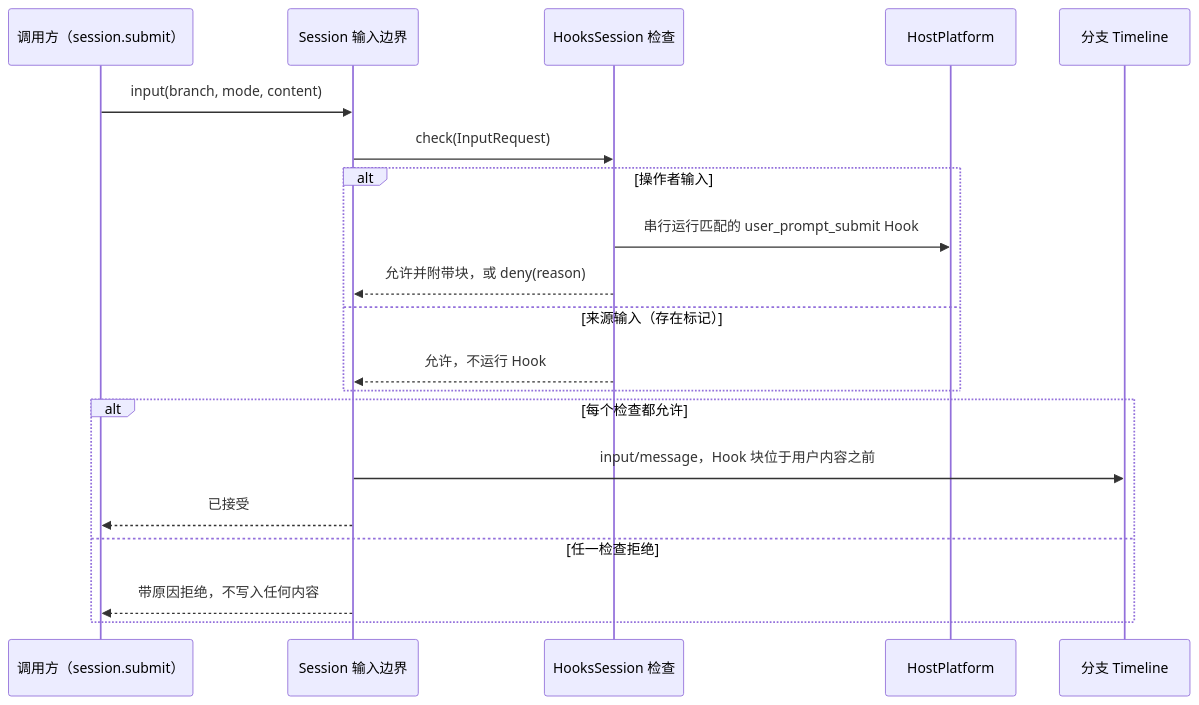
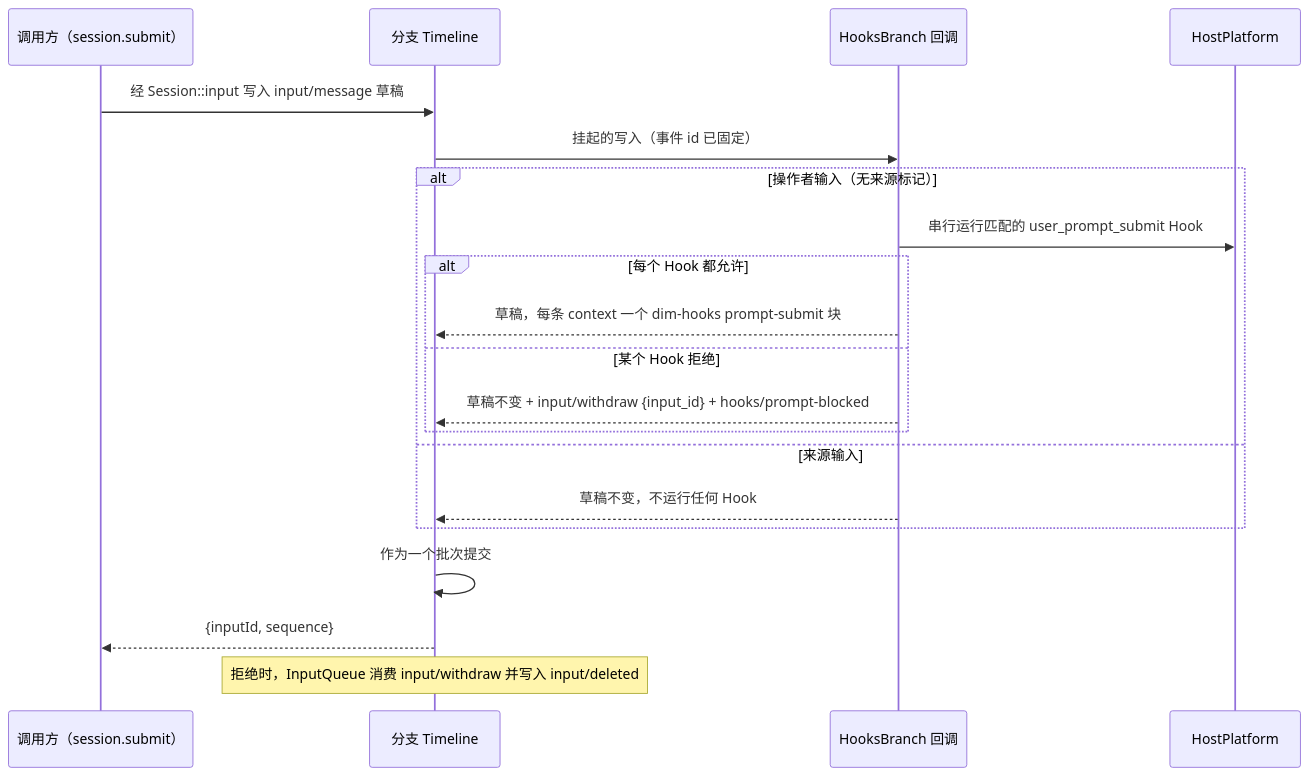
The fourth of 7 diagrams in docs/zh/design/plugins/Hooks.md (CoutinhoTTS/dim-agent), drawn with Mermaid before and after one commit. The commit also changed other lines of this file and 18 other files, not shown here.

Commit message:
docs(zh): sync translations with hooks via before callbacks and withdraw/delete events

````diff
--- a/docs/zh/design/plugins/Hooks.md
+++ b/docs/zh/design/plugins/Hooks.md
@@ -95,22 +101,22 @@
 ```mermaid
 sequenceDiagram
   participant C as 调用方（session.submit）
-  participant SI as Session 输入边界
-  participant HS as HooksSession 检查
+  participant TL as 分支 Timeline
+  participant HB as HooksBranch 回调
   participant HP as HostPlatform
-  participant TL as 分支 Timeline
-  C->>SI: input(branch, mode, content)
-  SI->>HS: check(InputRequest)
-  alt 操作者输入
-    HS->>HP: 串行运行匹配的 user_prompt_submit Hook
-    HS-->>SI: 允许并附带块，或 deny(reason)
-  else 来源输入（存在标记）
-    HS-->>SI: 允许，不运行 Hook
+  C->>TL: 经 Session::input 写入 input/message 草稿
+  TL->>HB: 挂起的写入（事件 id 已固定）
+  alt 操作者输入（无来源标记）
+    HB->>HP: 串行运行匹配的 user_prompt_submit Hook
+    alt 每个 Hook 都允许
+      HB-->>TL: 草稿，每条 context 一个 dim-hooks prompt-submit 块
+    else 某个 Hook 拒绝
+      HB-->>TL: 草稿不变 + input/withdraw {input_id} + hooks/prompt-blocked
+    end
+  else 来源输入
+    HB-->>TL: 草稿不变，不运行任何 Hook
   end
-  alt 每个检查都允许
-    SI->>TL: input/message，Hook 块位于用户内容之前
-    SI-->>C: 已接受
-  else 任一检查拒绝
-    SI-->>C: 带原因拒绝，不写入任何内容
-  end
+  TL->>TL: 作为一个批次提交
+  TL-->>C: {inputId, sequence}
+  Note over TL: 拒绝时，InputQueue 消费 input/withdraw 并写入 input/deleted
 ```
````
